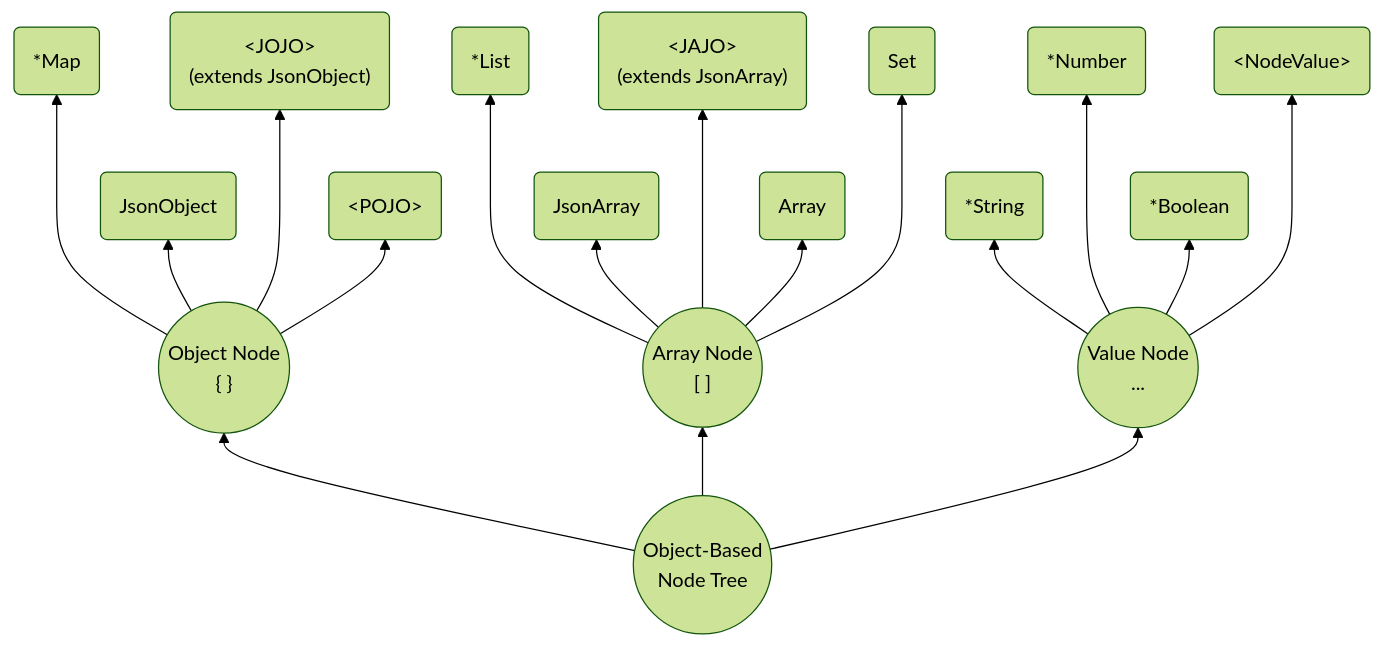
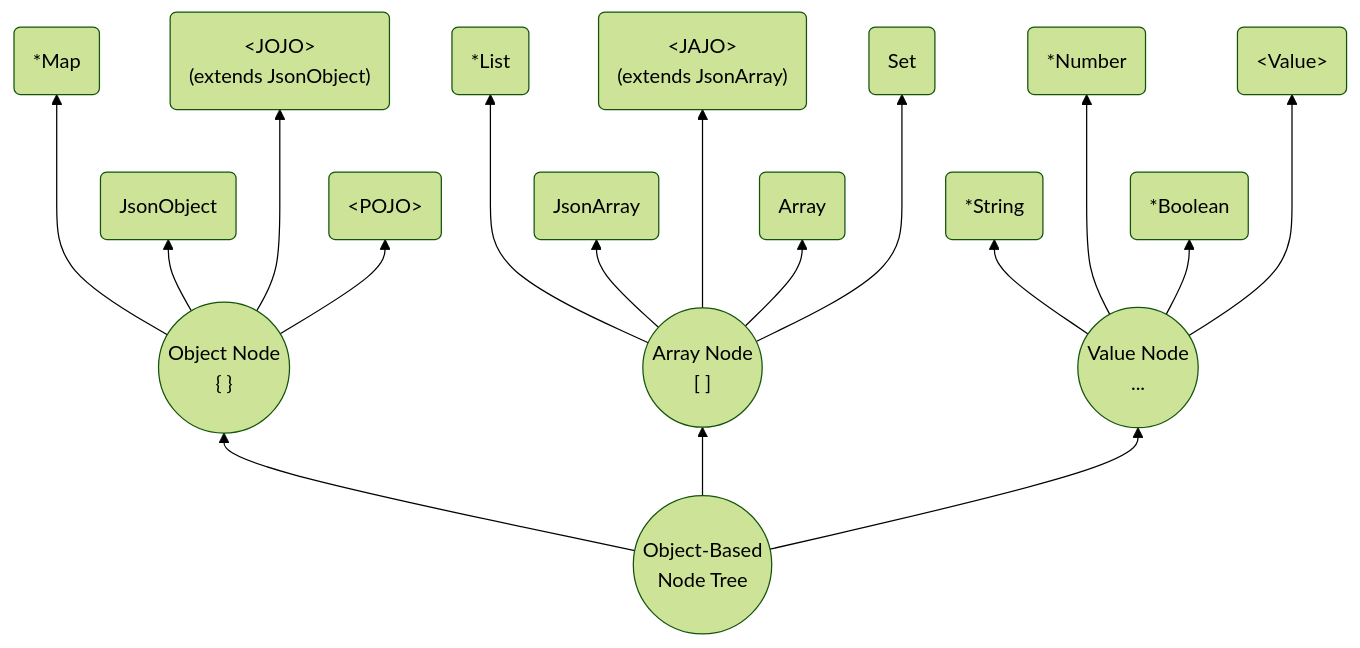
One commit to sjf4j-projects/sjf4j-website changed the diagram in docs/modeling.md. Above: the diagram before and after it, drawn with Mermaid (forest theme). The commit also changed 2 other files, not shown here.

Commit message:
refine docs

````diff
--- a/docs/modeling.md
+++ b/docs/modeling.md
@@ -14,20 +14,20 @@
 ```mermaid
 graph BT
   node(("Object-Based <br/> Node Tree"))
   node --> object(("Object Node<br/> { }"))
     object ---> map("*Map")
     object --> jo("JsonObject")
     object ---> jojo(" &lt;JOJO&gt; <br/> (extends JsonObject)")
     object --> pojo(" &lt;POJO&gt; ")
   node --> array(("Array Node<br/> [ ]"))
     array ---> list("*List")
     array --> ja("JsonArray")
     array ---> jajo(" &lt;JAJO&gt; <br/> (extends JsonArray)")
     array --> arr("Array")
     array ---> set("Set")
   node --> value(("Value Node <br/> ..."))
     value --> string("*String")
     value ---> number("*Number")
     value --> boolean("*Boolean")
-    value ---> nodeValue("&lt;NodeValue&gt;")
+    value ---> nodeValue("&lt;Value&gt;")
 ```
````
